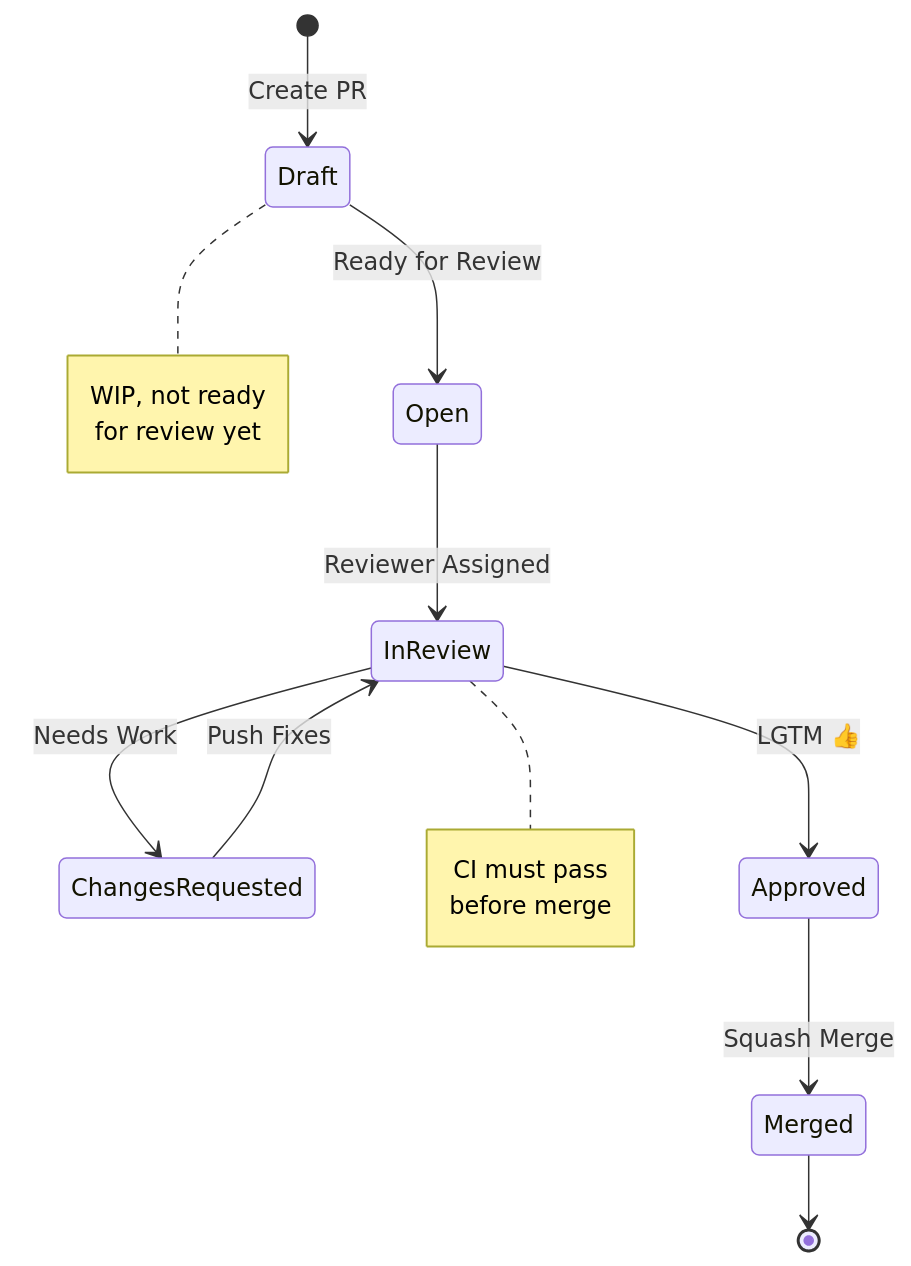
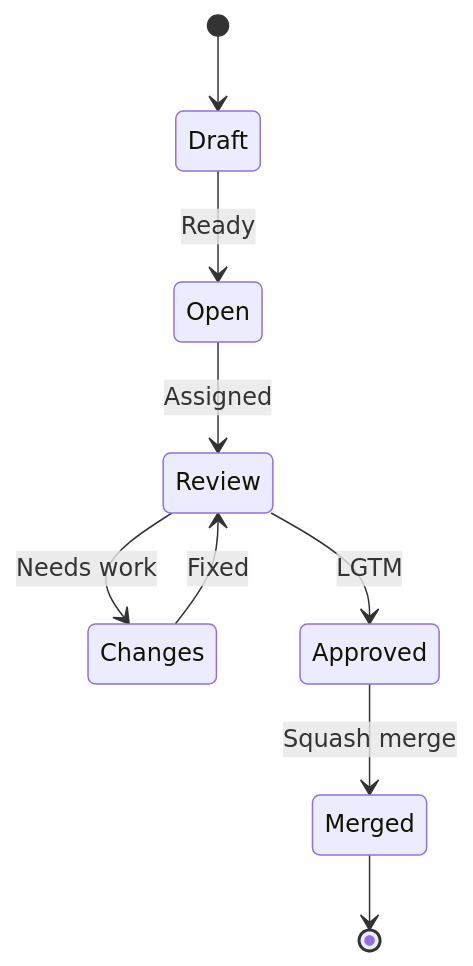
One commit to Univers42/transcendance changed the tenth of 13 diagrams in CONTRIBUTING.md. Above: the diagram before and after it, drawn with Mermaid. The commit also changed other lines of this file, not shown here.

````diff
--- a/CONTRIBUTING.md
+++ b/CONTRIBUTING.md
@@ -1053,21 +724,11 @@
 ```mermaid
 stateDiagram-v2
-    [*] --> Draft: Create PR
-    Draft --> Open: Ready for Review
-    Open --> InReview: Reviewer Assigned
-    InReview --> ChangesRequested: Needs Work
-    ChangesRequested --> InReview: Push Fixes
-    InReview --> Approved: LGTM 👍
-    Approved --> Merged: Squash Merge
+    [*] --> Draft
+    Draft --> Open : Ready
+    Open --> Review : Assigned
+    Review --> Changes : Needs work
+    Changes --> Review : Fixed
+    Review --> Approved : LGTM
+    Approved --> Merged : Squash merge
     Merged --> [*]
-    
-    note right of Draft
-        WIP, not ready
-        for review yet
-    end note
-    
-    note right of InReview
-        CI must pass
-        before merge
-    end note
 ```
````
